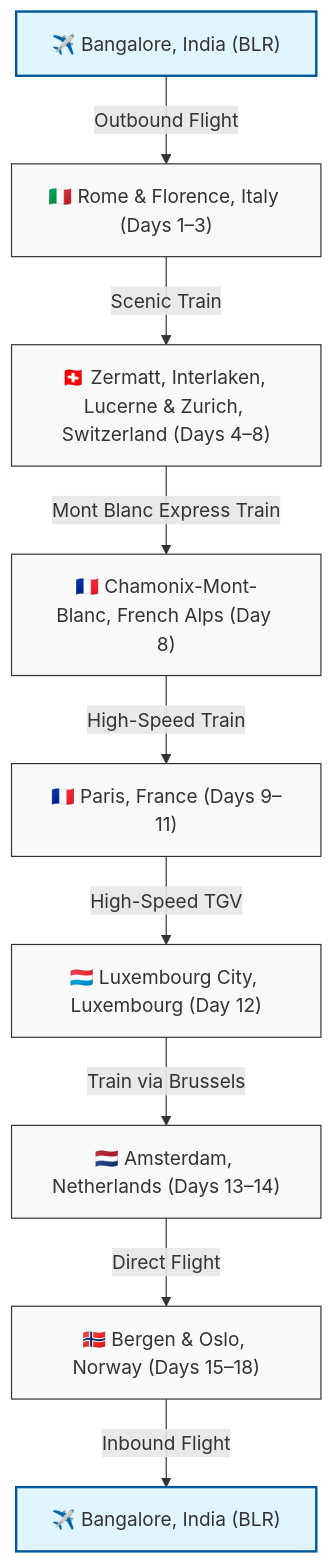
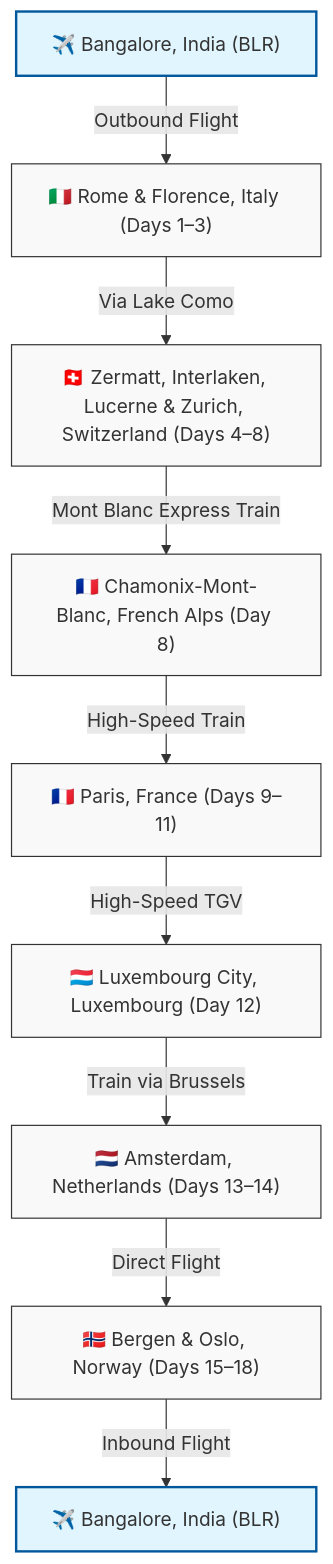
Before and after one commit to Niwedita17/vehicle-tracking: the diagram in trip/README.md, drawn with Mermaid. The commit also changed other lines of this file and 8 other files, not shown here.

````diff
--- a/trip/README.md
+++ b/trip/README.md
@@ -11,21 +11,21 @@
 ```mermaid
 graph TD
     BLR["✈️ Bangalore, India (BLR)"] -->|Outbound Flight| FCO["🇮🇹 Rome & Florence, Italy (Days 1–3)"]
-    FCO -->|Scenic Train| ZRH["🇨🇭 Zermatt, Interlaken, Lucerne & Zurich, Switzerland (Days 4–8)"]
+    FCO -->|Via Lake Como| ZRH["🇨🇭 Zermatt, Interlaken, Lucerne & Zurich, Switzerland (Days 4–8)"]
     ZRH -->|Mont Blanc Express Train| CHM["🇫🇷 Chamonix-Mont-Blanc, French Alps (Day 8)"]
     CHM -->|High-Speed Train| CDG["🇫🇷 Paris, France (Days 9–11)"]
     CDG -->|High-Speed TGV| LUX["🇱🇺 Luxembourg City, Luxembourg (Day 12)"]
     LUX -->|Train via Brussels| AMS["🇳🇱 Amsterdam, Netherlands (Days 13–14)"]
     AMS -->|Direct Flight| BGO["🇳🇴 Bergen & Oslo, Norway (Days 15–18)"]
     BGO -->|Inbound Flight| BLR_End["✈️ Bangalore, India (BLR)"]
 
     style BLR fill:#e1f5fe,stroke:#01579b,stroke-width:2px
     style BLR_End fill:#e1f5fe,stroke:#01579b,stroke-width:2px
     style FCO fill:#f9f9f9,stroke:#333,stroke-width:1px
     style ZRH fill:#f9f9f9,stroke:#333,stroke-width:1px
     style CHM fill:#f9f9f9,stroke:#333,stroke-width:1px
     style CDG fill:#f9f9f9,stroke:#333,stroke-width:1px
     style LUX fill:#f9f9f9,stroke:#333,stroke-width:1px
     style AMS fill:#f9f9f9,stroke:#333,stroke-width:1px
     style BGO fill:#f9f9f9,stroke:#333,stroke-width:1px
 ```
````
